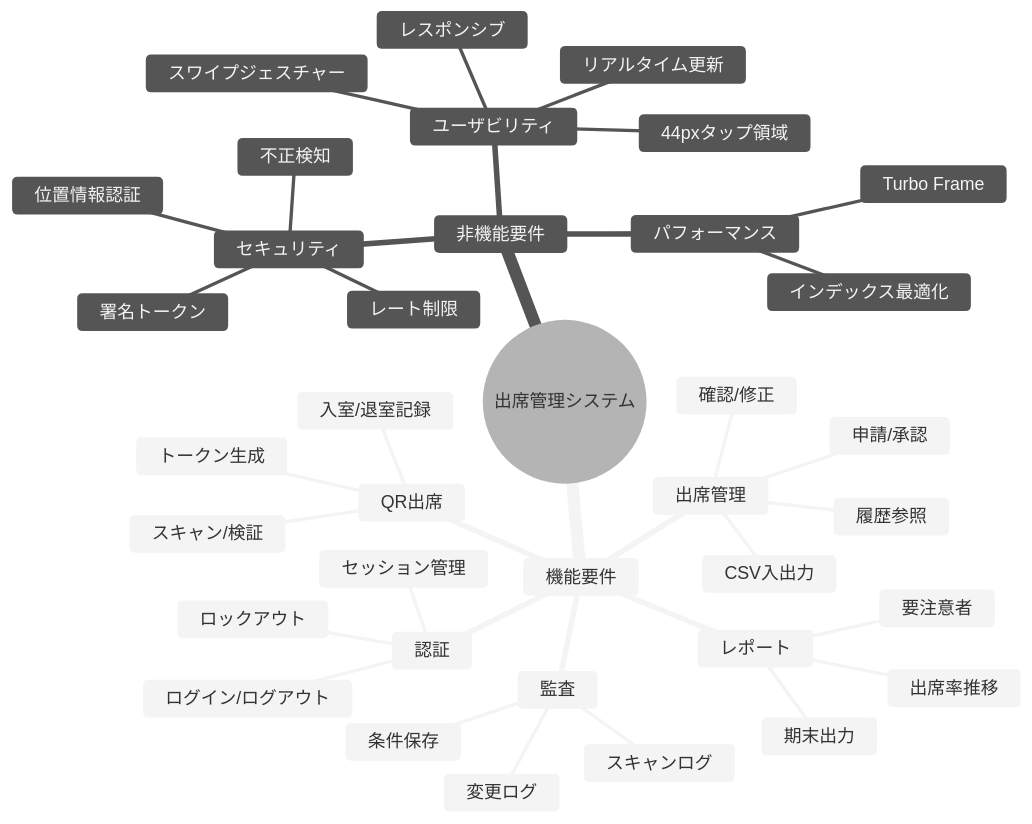
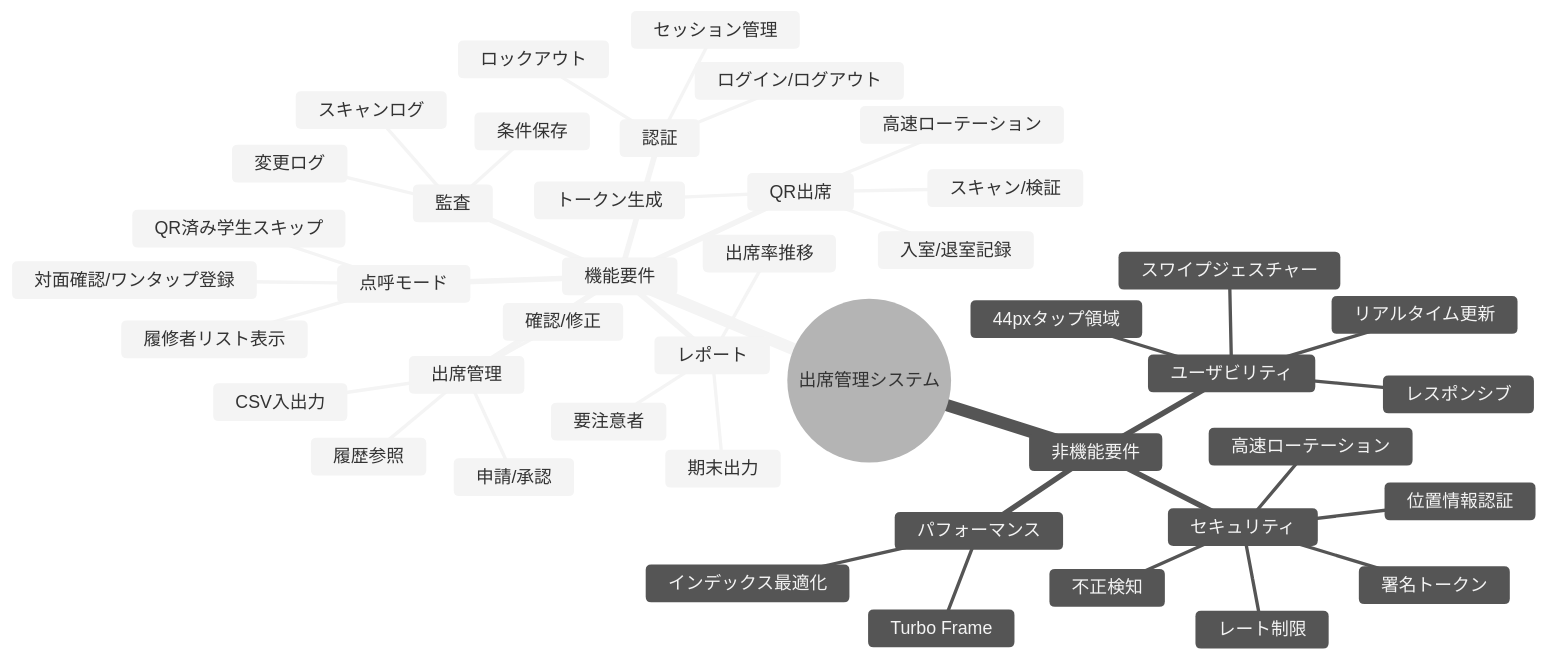
The fifth of 12 diagrams in README.md (syusyusyusyu/Attendance), drawn with Mermaid (neutral theme) before and after one commit. The commit also changed other lines of this file and 10 other files, not shown here.

````diff
--- a/README.md
+++ b/README.md
@@ -373,40 +452,46 @@
 ```mermaid
 mindmap
   root((出席管理システム))
     機能要件
       認証
         ログイン/ログアウト
         ロックアウト
         セッション管理
       QR出席
         トークン生成
+        高速ローテーション
         スキャン/検証
         入室/退室記録
+      点呼モード
+        履修者リスト表示
+        対面確認/ワンタップ登録
+        QR済み学生スキップ
       出席管理
         履歴参照
         確認/修正
         CSV入出力
         申請/承認
       監査
         スキャンログ
         変更ログ
         条件保存
       レポート
         出席率推移
         要注意者
         期末出力
     非機能要件
       セキュリティ
         署名トークン
+        高速ローテーション
         位置情報認証
         レート制限
         不正検知
       パフォーマンス
         Turbo Frame
         インデックス最適化
       ユーザビリティ
         レスポンシブ
         44pxタップ領域
         リアルタイム更新
         スワイプジェスチャー
 ```
````
